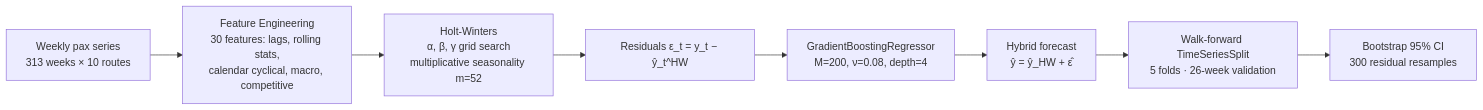
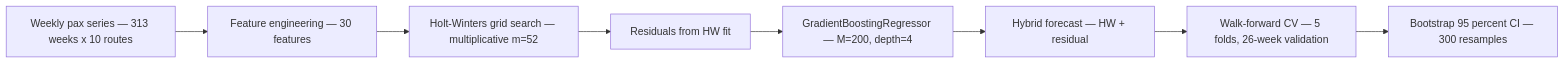
The second of 3 diagrams in README.md (RameshSTA/apex), drawn with Mermaid before and after one commit. The commit also changed other lines of this file, not shown here.

Commit message:
docs: fix mermaid rendering and polish README

````diff
--- a/README.md
+++ b/README.md
@@ -314,10 +316,10 @@
 ```mermaid
 flowchart LR
-    A[Weekly pax series<br/>313 weeks × 10 routes] --> B[Feature Engineering<br/>30 features: lags, rolling stats,<br/>calendar cyclical, macro, competitive]
-    B --> C[Holt-Winters<br/>α, β, γ grid search<br/>multiplicative seasonality m=52]
-    C --> D[Residuals ε_t = y_t − ŷ_t^HW]
-    D --> E[GradientBoostingRegressor<br/>M=200, ν=0.08, depth=4]
-    E --> F[Hybrid forecast<br/>ŷ = ŷ_HW + ε̂]
-    F --> G[Walk-forward TimeSeriesSplit<br/>5 folds · 26-week validation]
-    G --> H[Bootstrap 95% CI<br/>300 residual resamples]
+    A["Weekly pax series — 313 weeks x 10 routes"] --> B["Feature engineering — 30 features"]
+    B --> C["Holt-Winters grid search — multiplicative m=52"]
+    C --> D["Residuals from HW fit"]
+    D --> E["GradientBoostingRegressor — M=200, depth=4"]
+    E --> F["Hybrid forecast — HW + residual"]
+    F --> G["Walk-forward CV — 5 folds, 26-week validation"]
+    G --> H["Bootstrap 95 percent CI — 300 resamples"]
 ```
````
